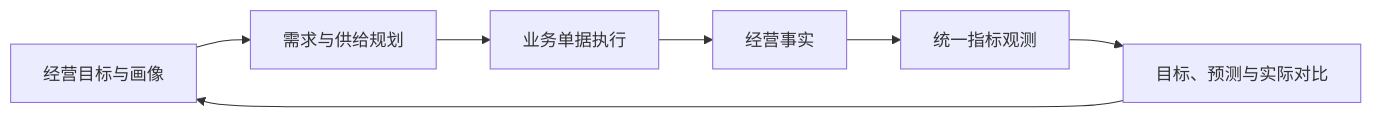
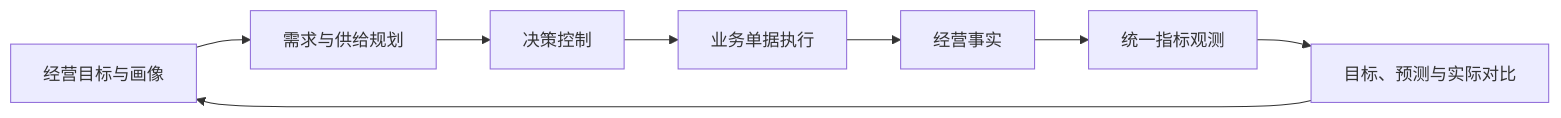
One commit to Chizheng4/robotaxi changed the second of 12 diagrams in README.md. Above: the diagram before and after it, drawn with Mermaid. The commit also changed other lines of this file and 29 other files, not shown here.

````diff
--- a/README.md
+++ b/README.md
@@ -33,9 +33,10 @@
 ```mermaid
 flowchart LR
   A["经营目标与画像"] --> B["需求与供给规划"]
-  B --> C["业务单据执行"]
-  C --> D["经营事实"]
-  D --> E["统一指标观测"]
-  E --> F["目标、预测与实际对比"]
-  F --> A
+  B --> C["决策控制"]
+  C --> D["业务单据执行"]
+  D --> E["经营事实"]
+  E --> F["统一指标观测"]
+  F --> G["目标、预测与实际对比"]
+  G --> A
 ```
````
